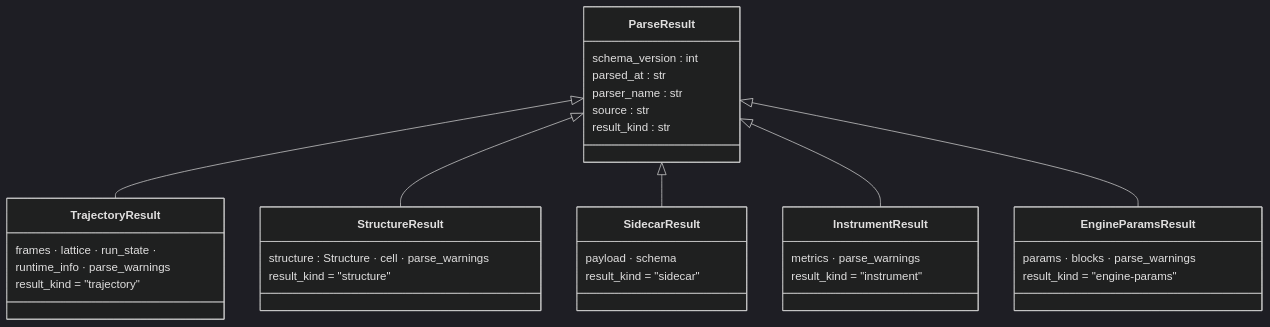
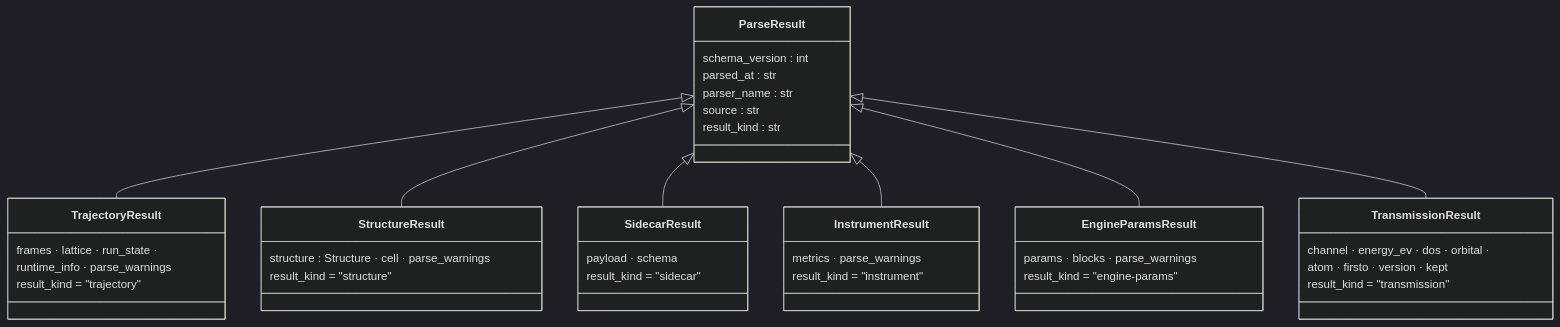
Before and after one commit to Qing-LAB/molbuilder: the first of 5 diagrams in docs/model/parse.md, drawn with Mermaid (dark theme). The commit also changed other lines of this file and 39 other files, not shown here.

````diff
--- a/docs/model/parse.md
+++ b/docs/model/parse.md
@@ -117,36 +117,42 @@
 ```mermaid
 classDiagram
     class ParseResult {
         schema_version : int
         parsed_at : str
         parser_name : str
         source : str
         result_kind : str
     }
     class TrajectoryResult {
         frames · lattice · run_state ·
         runtime_info · parse_warnings
         result_kind = "trajectory"
     }
     class StructureResult {
         structure : Structure · cell · parse_warnings
         result_kind = "structure"
     }
     class SidecarResult {
         payload · schema
         result_kind = "sidecar"
     }
     class InstrumentResult {
         metrics · parse_warnings
         result_kind = "instrument"
     }
     class EngineParamsResult {
         params · blocks · parse_warnings
         result_kind = "engine-params"
     }
+    class TransmissionResult {
+        channel · energy_ev · dos · orbital ·
+        atom · firsto · version · kept
+        result_kind = "transmission"
+    }
     ParseResult <|-- TrajectoryResult
     ParseResult <|-- StructureResult
     ParseResult <|-- SidecarResult
     ParseResult <|-- InstrumentResult
     ParseResult <|-- EngineParamsResult
+    ParseResult <|-- TransmissionResult
 ```
````
